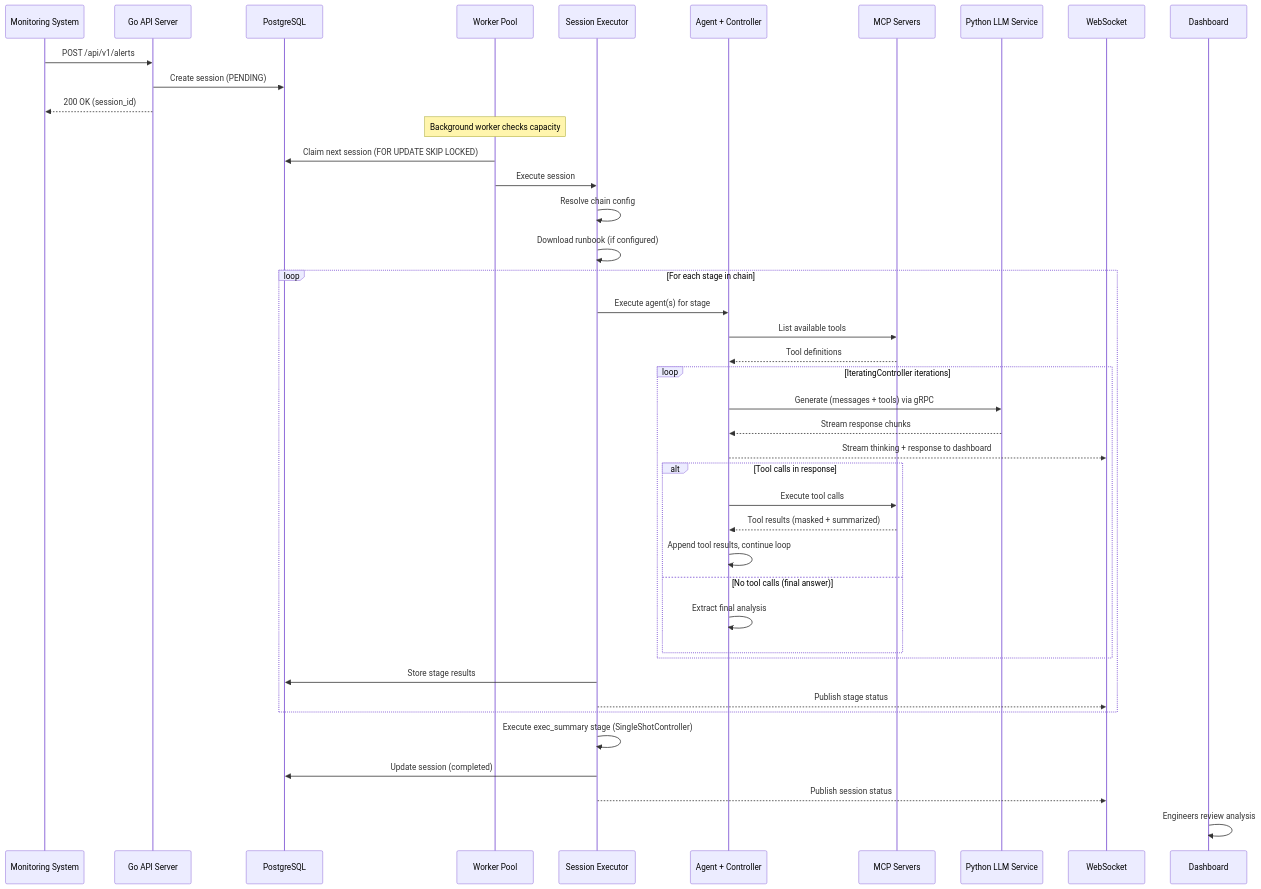
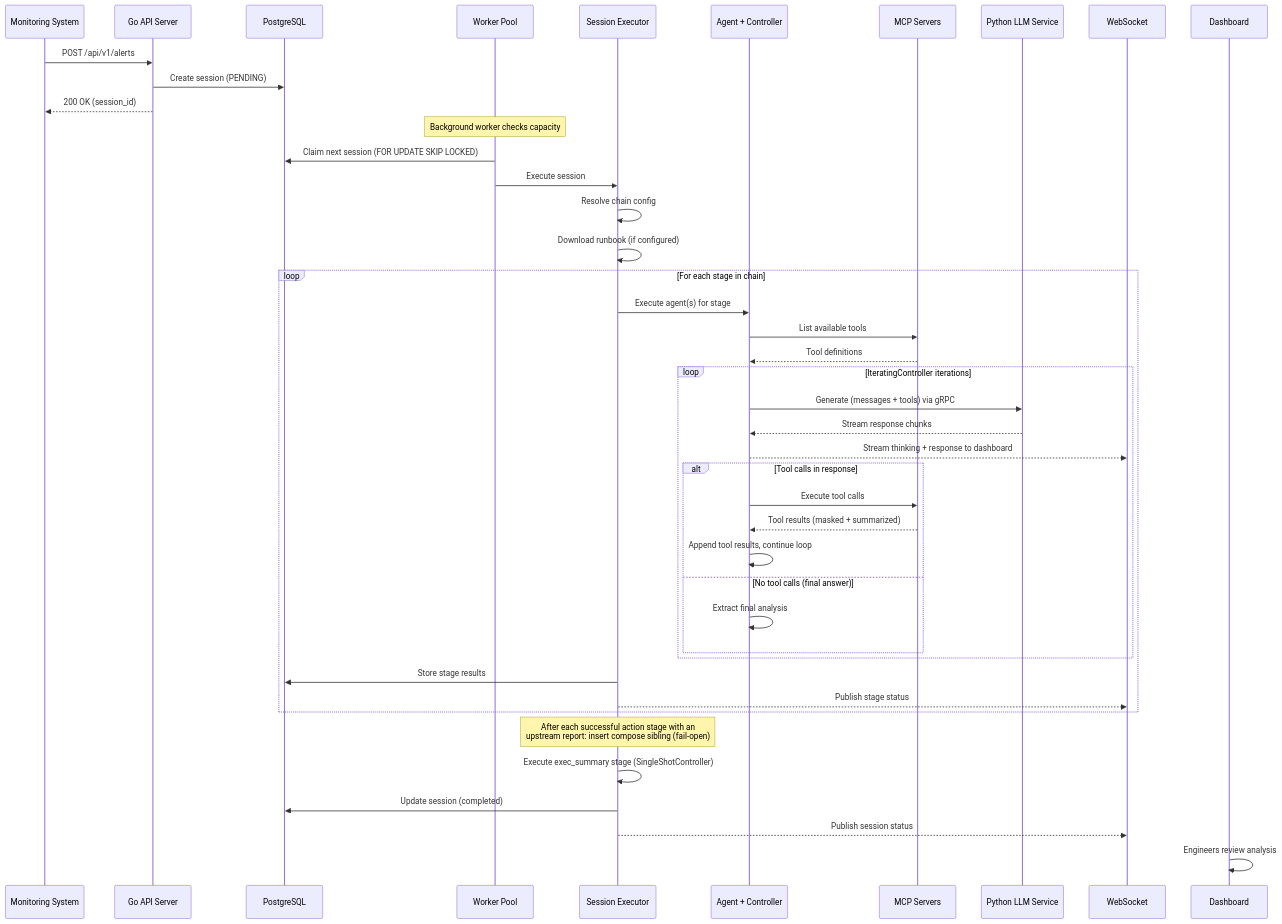
Before and after one commit to codeready-toolchain/tarsy: the third of 6 diagrams in docs/architecture-overview.md, drawn with Mermaid. The commit also changed other lines of this file and 6 other files, not shown here.

````diff
--- a/docs/architecture-overview.md
+++ b/docs/architecture-overview.md
@@ -272,51 +272,52 @@
 ```mermaid
 sequenceDiagram
     participant M as Monitoring System
     participant API as Go API Server
     participant DB as PostgreSQL
     participant W as Worker Pool
     participant E as Session Executor
     participant A as Agent + Controller
     participant MCP as MCP Servers
     participant LLM as Python LLM Service
     participant WS as WebSocket
     participant D as Dashboard
 
     M->>API: POST /api/v1/alerts
     API->>DB: Create session (PENDING)
     API-->>M: 200 OK (session_id)
 
     Note over W: Background worker checks capacity
     W->>DB: Claim next session (FOR UPDATE SKIP LOCKED)
     W->>E: Execute session
     E->>E: Resolve chain config
     E->>E: Download runbook (if configured)
 
     loop For each stage in chain
         E->>A: Execute agent(s) for stage
         A->>MCP: List available tools
         MCP-->>A: Tool definitions
 
         loop IteratingController iterations
             A->>LLM: Generate (messages + tools) via gRPC
             LLM-->>A: Stream response chunks
             A-->>WS: Stream thinking + response to dashboard
 
             alt Tool calls in response
                 A->>MCP: Execute tool calls
                 MCP-->>A: Tool results (masked + summarized)
                 A->>A: Append tool results, continue loop
             else No tool calls (final answer)
                 A->>A: Extract final analysis
             end
         end
 
         E->>DB: Store stage results
         E-->>WS: Publish stage status
     end
 
+    Note over E: After each successful action stage with an<br/>upstream report: insert compose sibling (fail-open)
     E->>E: Execute exec_summary stage (SingleShotController)
     E->>DB: Update session (completed)
     E-->>WS: Publish session status
     D->>D: Engineers review analysis
 ```
````
